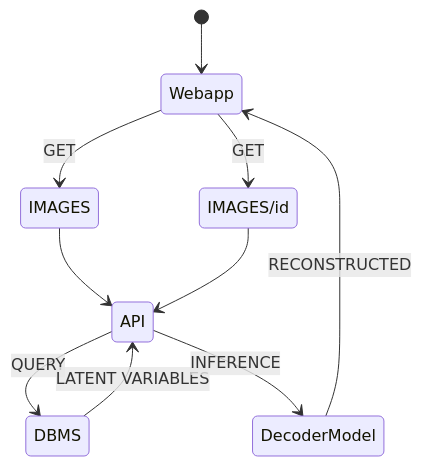
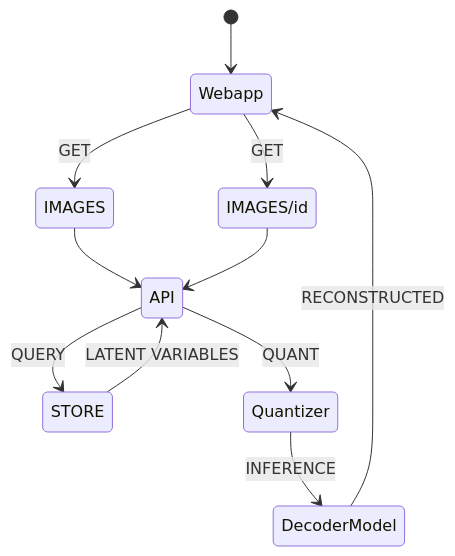
The diagram in README.md (ciCciC/ImageCompressorProject), drawn with Mermaid before and after one commit. The commit also changed 3 other files, not shown here.

````diff
--- a/README.md
+++ b/README.md
@@ -48,12 +48,13 @@
 ```mermaid
 stateDiagram
     [*] --> Webapp
     Webapp --> IMAGES : GET
     Webapp --> IMAGES/id : GET
     IMAGES --> API
     IMAGES/id --> API
-    API --> DBMS : QUERY
-    DBMS --> API : LATENT VARIABLES
-    API --> DecoderModel : INFERENCE
+    API --> STORE : QUERY
+    STORE --> API : LATENT VARIABLES
+    API --> Quantizer : QUANT
+    Quantizer --> DecoderModel : INFERENCE
     DecoderModel --> Webapp : RECONSTRUCTED
 ```
````
